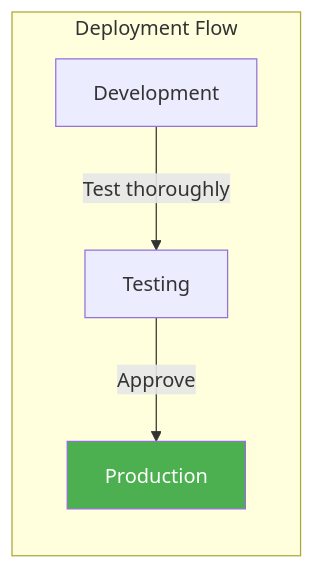
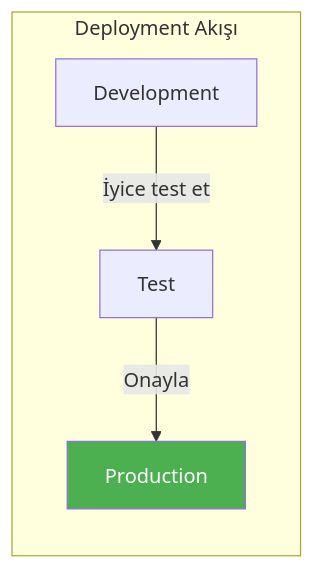
One commit to beyhanmeyrali/sap-all changed the sixth of 7 diagrams in Technical Tutorials/BTP/TR/chapters/09-first-joule-skill.md. Above: the diagram before and after it, drawn with Mermaid. The commit also changed other lines of this file and 11 other files, not shown here.

````diff
--- a/Technical Tutorials/BTP/TR/chapters/09-first-joule-skill.md
+++ b/Technical Tutorials/BTP/TR/chapters/09-first-joule-skill.md
@@ -491,13 +491,13 @@
 ```mermaid
 flowchart LR
-    subgraph "Deployment Flow"
+    subgraph "Deployment Akışı"
         DEV[Development]
-        TEST[Testing]
+        TEST[Test]
         PROD[Production]
     end
 
-    DEV --> |"Test thoroughly"| TEST
-    TEST --> |"Approve"| PROD
+    DEV --> |"İyice test et"| TEST
+    TEST --> |"Onayla"| PROD
 
     style PROD fill:#4CAF50,color:white
 ```
````
